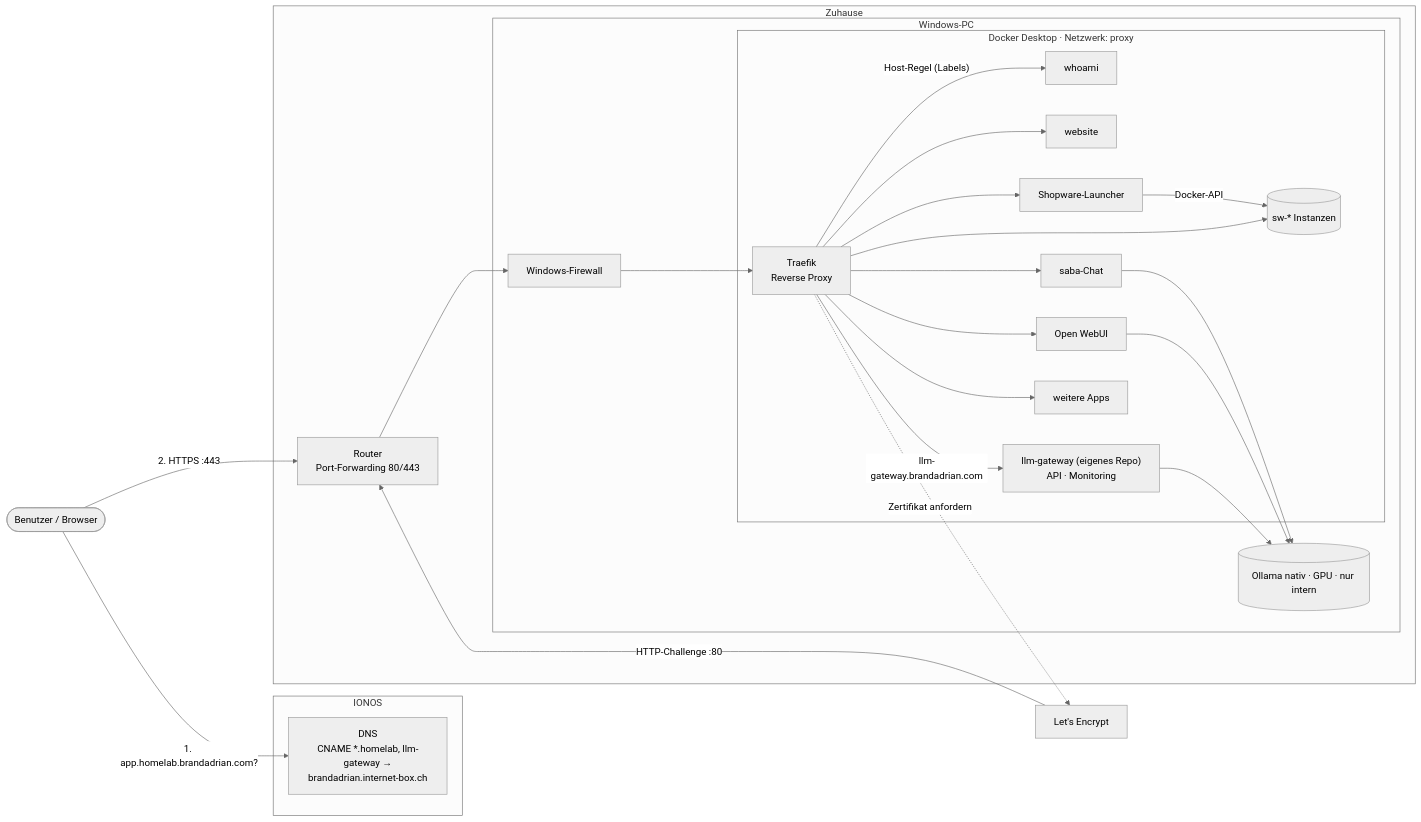
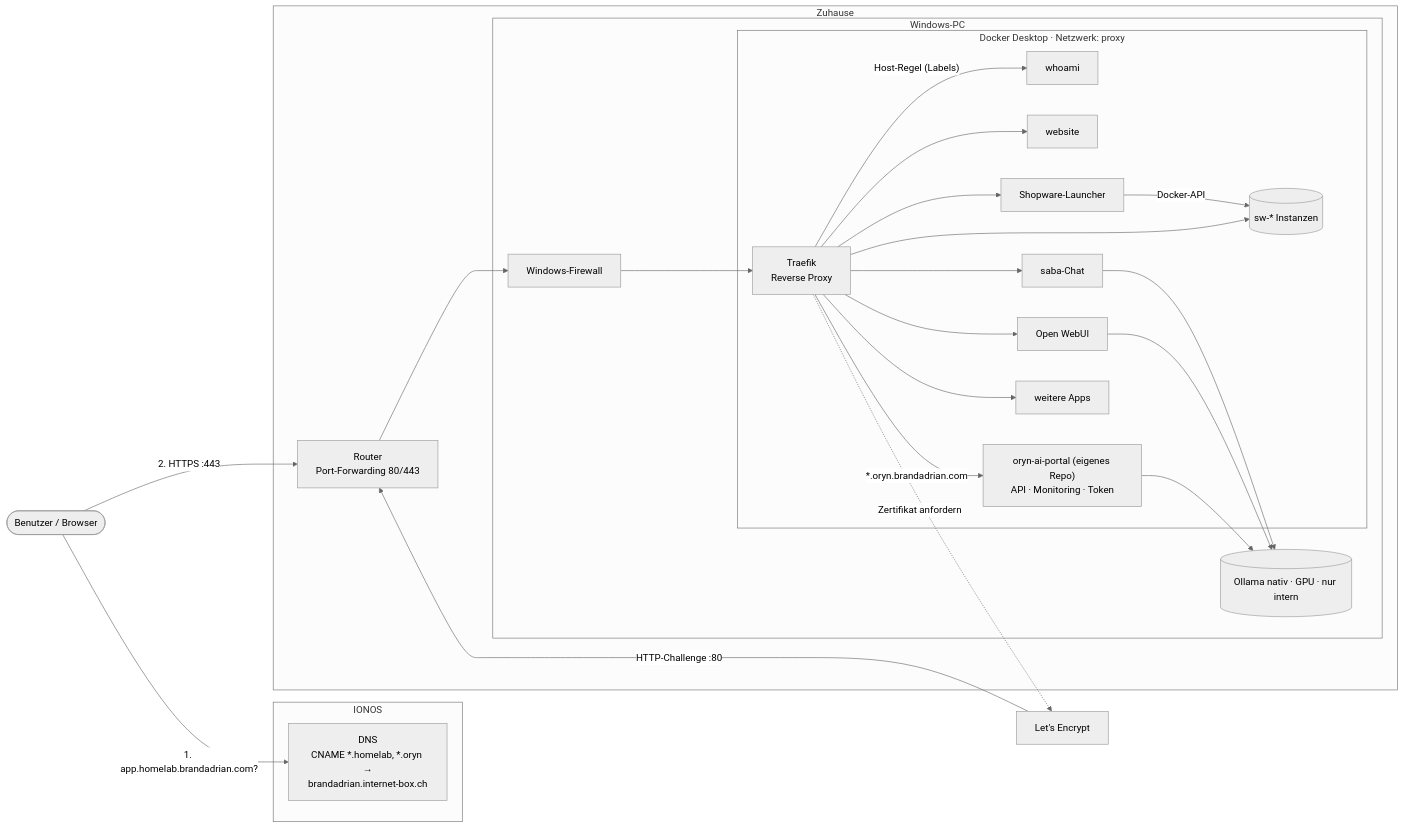
Before and after one commit to brandadrian/oryn-gateway: the diagram in README.md, drawn with Mermaid (neutral theme). The commit also changed other lines of this file and 2 other files, not shown here.

````diff
--- a/README.md
+++ b/README.md
@@ -15,46 +15,46 @@
 ```mermaid
 flowchart LR
     user([Benutzer / Browser])
     le[Let's Encrypt]
 
     subgraph ionos[IONOS]
-        dns["DNS<br/>CNAME *.homelab, llm-gateway →<br/>brandadrian.internet-box.ch"]
+        dns["DNS<br/>CNAME *.homelab, *.oryn →<br/>brandadrian.internet-box.ch"]
     end
 
     subgraph home[Zuhause]
         router["Router<br/>Port-Forwarding 80/443"]
         subgraph pc[Windows-PC]
             fw[Windows-Firewall]
             ollama[(Ollama nativ · GPU · nur intern)]
             subgraph docker["Docker Desktop · Netzwerk: proxy"]
                 traefik[Traefik<br/>Reverse Proxy]
                 whoami[whoami]
                 website[website]
                 saba[saba-Chat]
                 owui[Open WebUI]
-                gw["llm-gateway (eigenes Repo)<br/>API · Monitoring"]
+                gw["oryn-ai-portal (eigenes Repo)<br/>API · Monitoring · Token"]
                 swl[Shopware-Launcher]
                 sw[(sw-* Instanzen)]
                 app[weitere Apps]
             end
         end
     end
 
     user -- "1. app.homelab.brandadrian.com?" --> dns
     user -- "2. HTTPS :443" --> router
     router --> fw --> traefik
     traefik -- "Host-Regel (Labels)" --> whoami
     traefik --> website
     traefik --> saba
     saba --> ollama
     traefik --> owui
     owui --> ollama
-    traefik -- "llm-gateway.brandadrian.com" --> gw
+    traefik -- "*.oryn.brandadrian.com" --> gw
     gw --> ollama
     traefik --> swl
     swl -- "Docker-API" --> sw
     traefik --> sw
     traefik --> app
     le -- "HTTP-Challenge :80" --> router
     traefik -. "Zertifikat anfordern" .-> le
 ```
````
